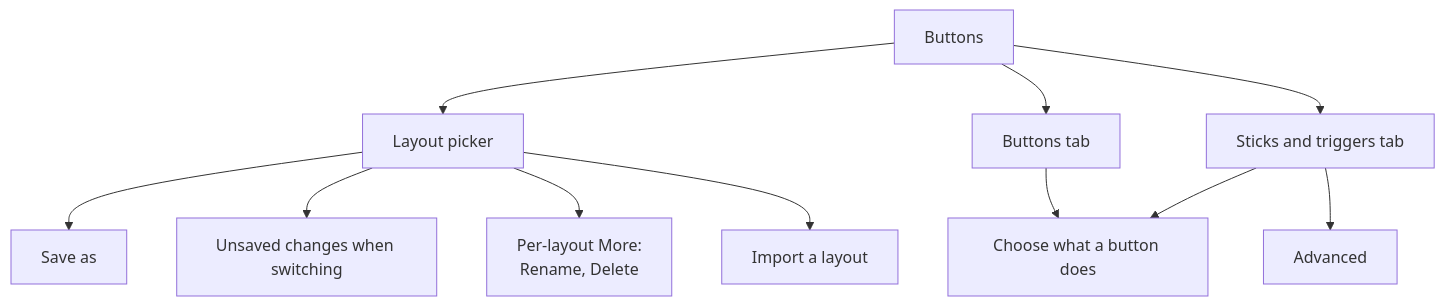
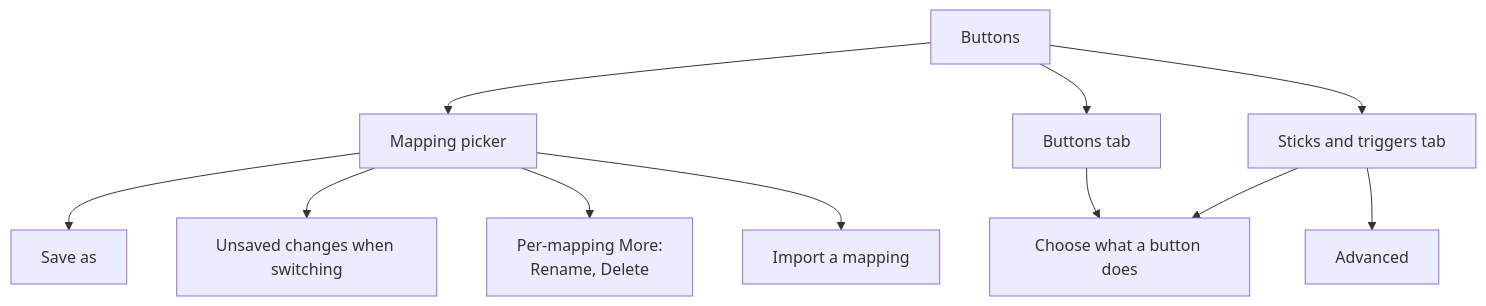
The diagram in docs/spec/screens/buttons.md (VoltageSolutions/GameControllerForZwift), drawn with Mermaid before and after one commit. The commit also changed other lines of this file and 14 other files, not shown here.

````diff
--- a/docs/spec/screens/buttons.md
+++ b/docs/spec/screens/buttons.md
@@ -15,13 +15,13 @@
 ```mermaid
 flowchart TD
-    B["Buttons"] --> P["Layout picker"]
+    B["Buttons"] --> P["Mapping picker"]
     B --> T1["Buttons tab"]
     B --> T2["Sticks and triggers tab"]
     T1 --> F["Choose what a button does"]
     T2 --> F
     T2 --> A["Advanced"]
     P --> SA["Save as"]
     P --> SW["Unsaved changes when switching"]
-    P --> M["Per-layout More:<br/>Rename, Delete"]
-    P --> I["Import a layout"]
+    P --> M["Per-mapping More:<br/>Rename, Delete"]
+    P --> I["Import a mapping"]
 ```
````
